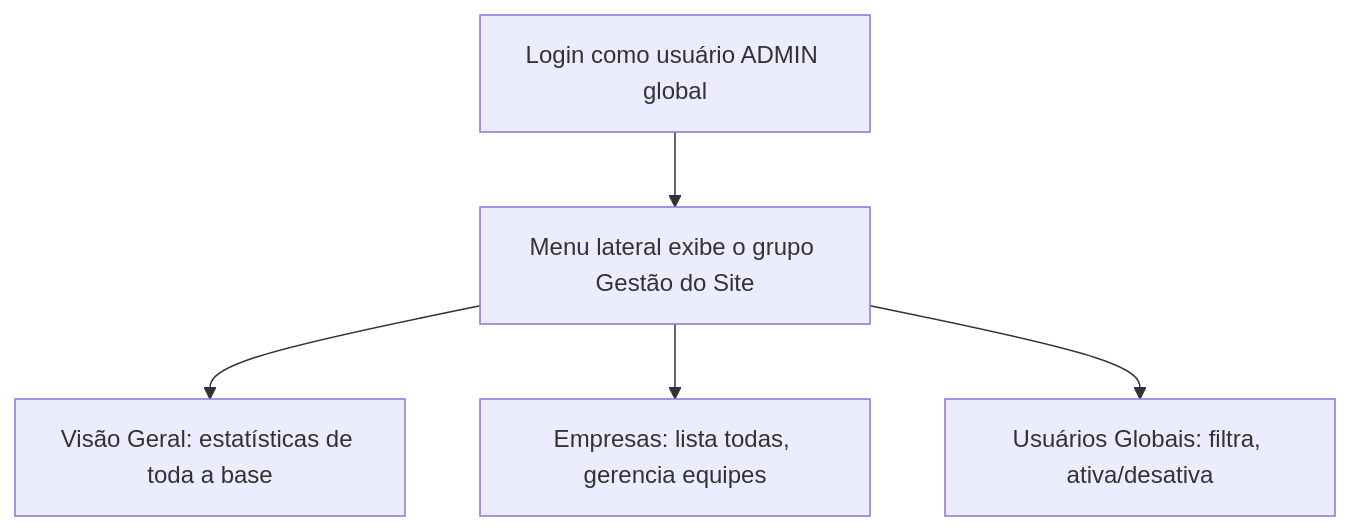
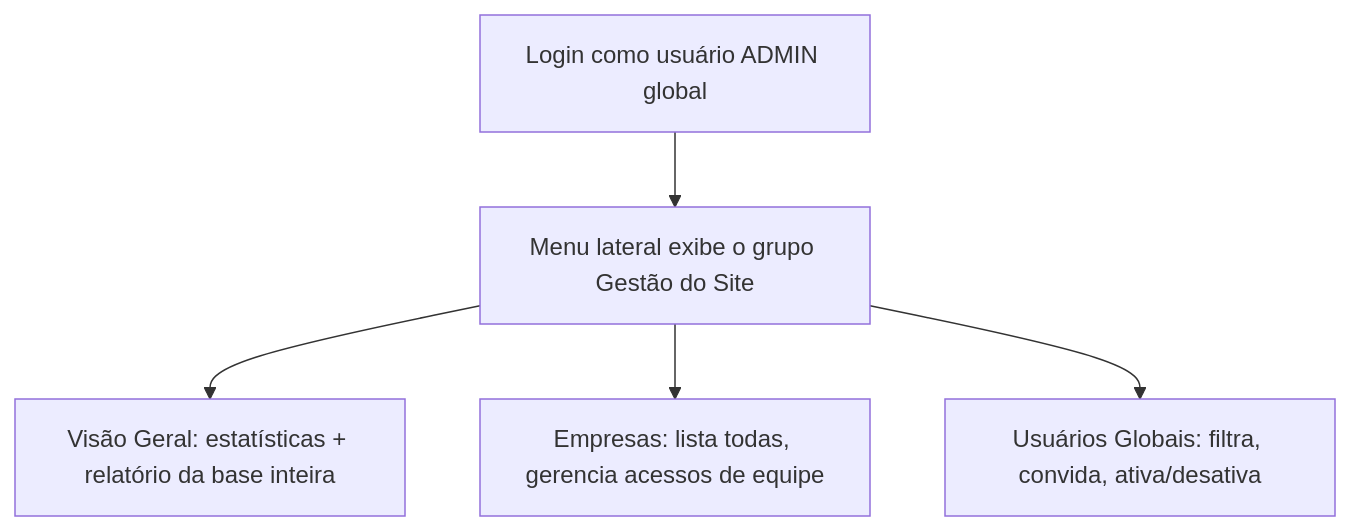
Before and after one commit to edvaldosm/markup-front: the first of 3 diagrams in docs/manual/15-gestao-do-site.md, drawn with Mermaid. The commit also changed other lines of this file and 15 other files, not shown here.

````diff
--- a/docs/manual/15-gestao-do-site.md
+++ b/docs/manual/15-gestao-do-site.md
@@ -16,7 +16,7 @@
 ```mermaid
 flowchart TD
     A["Login como usuário ADMIN global"] --> B["Menu lateral exibe o grupo Gestão do Site"]
-    B --> C["Visão Geral: estatísticas de toda a base"]
-    B --> D["Empresas: lista todas, gerencia equipes"]
-    B --> E["Usuários Globais: filtra, ativa/desativa"]
+    B --> C["Visão Geral: estatísticas + relatório da base inteira"]
+    B --> D["Empresas: lista todas, gerencia acessos de equipe"]
+    B --> E["Usuários Globais: filtra, convida, ativa/desativa"]
 ```
````
